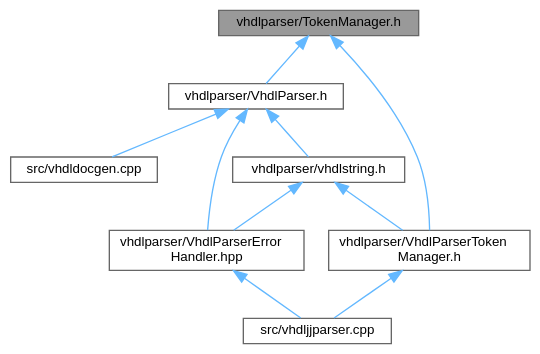
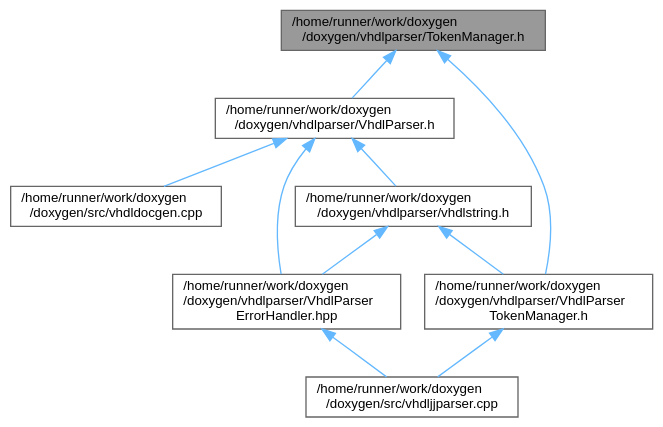
One commit to petyovsky/doxygen changed the diagram in d0/dd2/_token_manager_8h__dep__incl.dot. Above: the diagram before and after it, drawn with Graphviz. The commit also changed 5062 other files, not shown here.

```diff
--- a/d0/dd2/_token_manager_8h__dep__incl.dot
+++ b/d0/dd2/_token_manager_8h__dep__incl.dot
@@ -1,24 +1,24 @@
-digraph "vhdlparser/TokenManager.h"
+digraph "/home/runner/work/doxygen/doxygen/vhdlparser/TokenManager.h"
 {
  // INTERACTIVE_SVG=YES
  // LATEX_PDF_SIZE
   bgcolor="transparent";
   edge [fontname=Helvetica,fontsize=10,labelfontname=Helvetica,labelfontsize=10];
   node [fontname=Helvetica,fontsize=10,shape=box,height=0.2,width=0.4];
-  Node1 [label="vhdlparser/TokenManager.h",height=0.2,width=0.4,color="gray40", fillcolor="grey60", style="filled", fontcolor="black",tooltip=" "];
+  Node1 [label="/home/runner/work/doxygen\l/doxygen/vhdlparser/TokenManager.h",height=0.2,width=0.4,color="gray40", fillcolor="grey60", style="filled", fontcolor="black",tooltip=" "];
   Node1 -> Node2 [dir="back",color="steelblue1",style="solid"];
-  Node2 [label="vhdlparser/VhdlParser.h",height=0.2,width=0.4,color="grey40", fillcolor="white", style="filled",URL="$d5/df9/_vhdl_parser_8h.html",tooltip=" "];
+  Node2 [label="/home/runner/work/doxygen\l/doxygen/vhdlparser/VhdlParser.h",height=0.2,width=0.4,color="grey40", fillcolor="white", style="filled",URL="$d5/df9/_vhdl_parser_8h.html",tooltip=" "];
   Node2 -> Node3 [dir="back",color="steelblue1",style="solid"];
-  Node3 [label="src/vhdldocgen.cpp",height=0.2,width=0.4,color="grey40", fillcolor="white", style="filled",URL="$de/dea/vhdldocgen_8cpp.html",tooltip=" "];
+  Node3 [label="/home/runner/work/doxygen\l/doxygen/src/vhdldocgen.cpp",height=0.2,width=0.4,color="grey40", fillcolor="white", style="filled",URL="$de/dea/vhdldocgen_8cpp.html",tooltip=" "];
   Node2 -> Node4 [dir="back",color="steelblue1",style="solid"];
-  Node4 [label="vhdlparser/VhdlParserError\lHandler.hpp",height=0.2,width=0.4,color="grey40", fillcolor="white", style="filled",URL="$d2/dc3/_vhdl_parser_error_handler_8hpp.html",tooltip=" "];
+  Node4 [label="/home/runner/work/doxygen\l/doxygen/vhdlparser/VhdlParser\lErrorHandler.hpp",height=0.2,width=0.4,color="grey40", fillcolor="white", style="filled",URL="$d2/dc3/_vhdl_parser_error_handler_8hpp.html",tooltip=" "];
   Node4 -> Node5 [dir="back",color="steelblue1",style="solid"];
-  Node5 [label="src/vhdljjparser.cpp",height=0.2,width=0.4,color="grey40", fillcolor="white", style="filled",URL="$d1/d86/vhdljjparser_8cpp.html",tooltip=" "];
+  Node5 [label="/home/runner/work/doxygen\l/doxygen/src/vhdljjparser.cpp",height=0.2,width=0.4,color="grey40", fillcolor="white", style="filled",URL="$d1/d86/vhdljjparser_8cpp.html",tooltip=" "];
   Node2 -> Node6 [dir="back",color="steelblue1",style="solid"];
-  Node6 [label="vhdlparser/vhdlstring.h",height=0.2,width=0.4,color="grey40", fillcolor="white", style="filled",URL="$d9/d48/vhdlstring_8h.html",tooltip=" "];
+  Node6 [label="/home/runner/work/doxygen\l/doxygen/vhdlparser/vhdlstring.h",height=0.2,width=0.4,color="grey40", fillcolor="white", style="filled",URL="$d9/d48/vhdlstring_8h.html",tooltip=" "];
   Node6 -> Node4 [dir="back",color="steelblue1",style="solid"];
   Node6 -> Node7 [dir="back",color="steelblue1",style="solid"];
-  Node7 [label="vhdlparser/VhdlParserToken\lManager.h",height=0.2,width=0.4,color="grey40", fillcolor="white", style="filled",URL="$d7/dad/_vhdl_parser_token_manager_8h.html",tooltip=" "];
+  Node7 [label="/home/runner/work/doxygen\l/doxygen/vhdlparser/VhdlParser\lTokenManager.h",height=0.2,width=0.4,color="grey40", fillcolor="white", style="filled",URL="$d7/dad/_vhdl_parser_token_manager_8h.html",tooltip=" "];
   Node7 -> Node5 [dir="back",color="steelblue1",style="solid"];
   Node1 -> Node7 [dir="back",color="steelblue1",style="solid"];
 }
```
